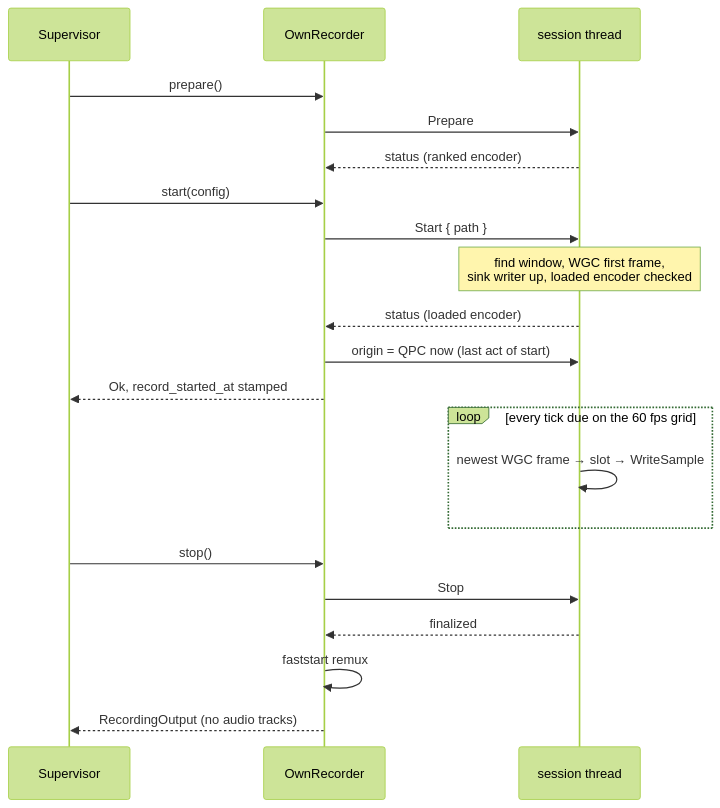
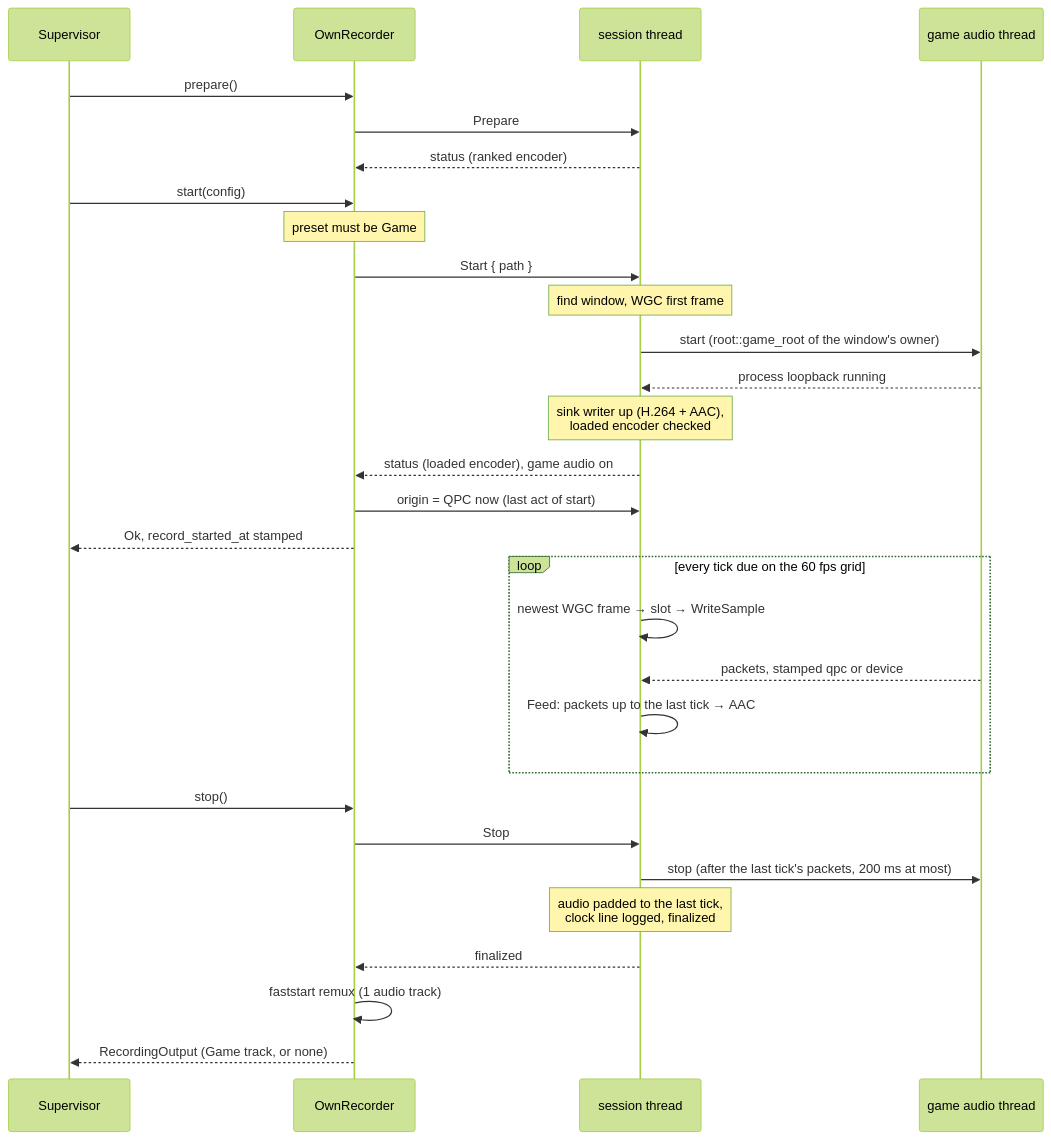
Before and after one commit to NinjaGoldfinch/ninja-recorder: the fourth of 8 diagrams in docs/architecture.md, drawn with Mermaid (forest theme). The commit also changed other lines of this file and 18 other files, not shown here.

First line of the commit message:
feat(recorder): isolated game audio by process loopback on the own backend (WS1.6.5) (#264)

````diff
--- a/docs/architecture.md
+++ b/docs/architecture.md
@@ -185,23 +201,32 @@
 ```mermaid
 sequenceDiagram
     participant S as Supervisor
     participant R as OwnRecorder
     participant T as session thread
+    participant A as game audio thread
     S->>R: prepare()
     R->>T: Prepare
     T-->>R: status (ranked encoder)
     S->>R: start(config)
+    Note over R: preset must be Game
     R->>T: Start { path }
-    Note over T: find window, WGC first frame,<br/>sink writer up, loaded encoder checked
-    T-->>R: status (loaded encoder)
+    Note over T: find window, WGC first frame
+    T->>A: start (root::game_root of the window's owner)
+    A-->>T: process loopback running
+    Note over T: sink writer up (H.264 + AAC),<br/>loaded encoder checked
+    T-->>R: status (loaded encoder), game audio on
     R->>T: origin = QPC now (last act of start)
     R-->>S: Ok, record_started_at stamped
     loop every tick due on the 60 fps grid
         T->>T: newest WGC frame → slot → WriteSample
+        A-->>T: packets, stamped qpc or device
+        T->>T: Feed: packets up to the last tick → AAC
     end
     S->>R: stop()
     R->>T: Stop
+    T->>A: stop (after the last tick's packets, 200 ms at most)
+    Note over T: audio padded to the last tick,<br/>clock line logged, finalized
     T-->>R: finalized
-    R->>R: faststart remux
-    R-->>S: RecordingOutput (no audio tracks)
+    R->>R: faststart remux (1 audio track)
+    R-->>S: RecordingOutput (Game track, or none)
 ```
````
